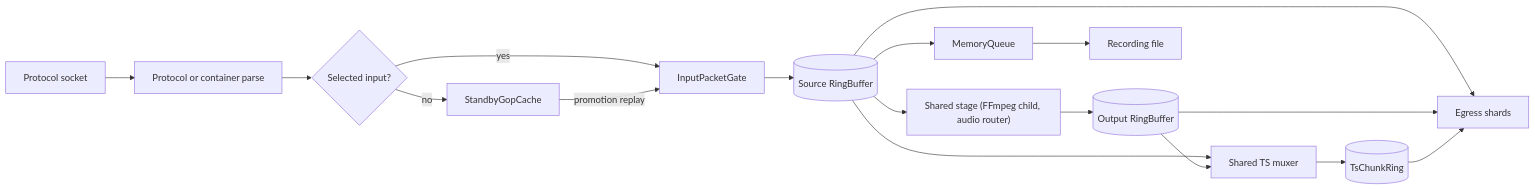
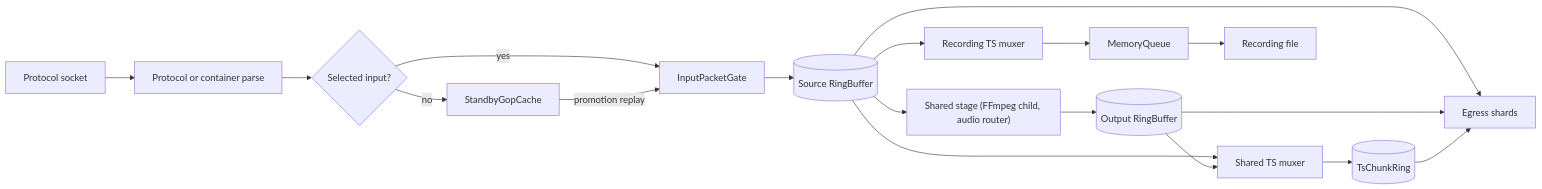
One commit to krsna1729/restream changed the diagram in docs/high-performance-data-path.md. Above: the diagram before and after it, drawn with Mermaid. The commit also changed other lines of this file and 305 other files, not shown here.

````diff
--- a/docs/high-performance-data-path.md
+++ b/docs/high-performance-data-path.md
@@ -22,19 +26,20 @@
 ```mermaid
 flowchart LR
     Socket["Protocol socket"] --> Parse["Protocol or container parse"]
     Parse --> Choice{"Selected input?"}
     Choice -->|"yes"| Gate["InputPacketGate"]
     Choice -->|"no"| Cache["StandbyGopCache"]
     Cache -->|"promotion replay"| Gate
     Gate --> Source[("Source RingBuffer")]
     Source --> Stage["Shared stage (FFmpeg child, audio router)"]
     Stage --> Output[("Output RingBuffer")]
     Source --> Mux["Shared TS muxer"]
     Output --> Mux
     Mux --> Ts[("TsChunkRing")]
     Source --> Shards["Egress shards"]
     Output --> Shards
     Ts --> Shards
-    Source --> Queue["MemoryQueue"]
+    Source --> RecordingMux["Recording TS muxer"]
+    RecordingMux --> Queue["MemoryQueue"]
     Queue --> File["Recording file"]
 ```
````
